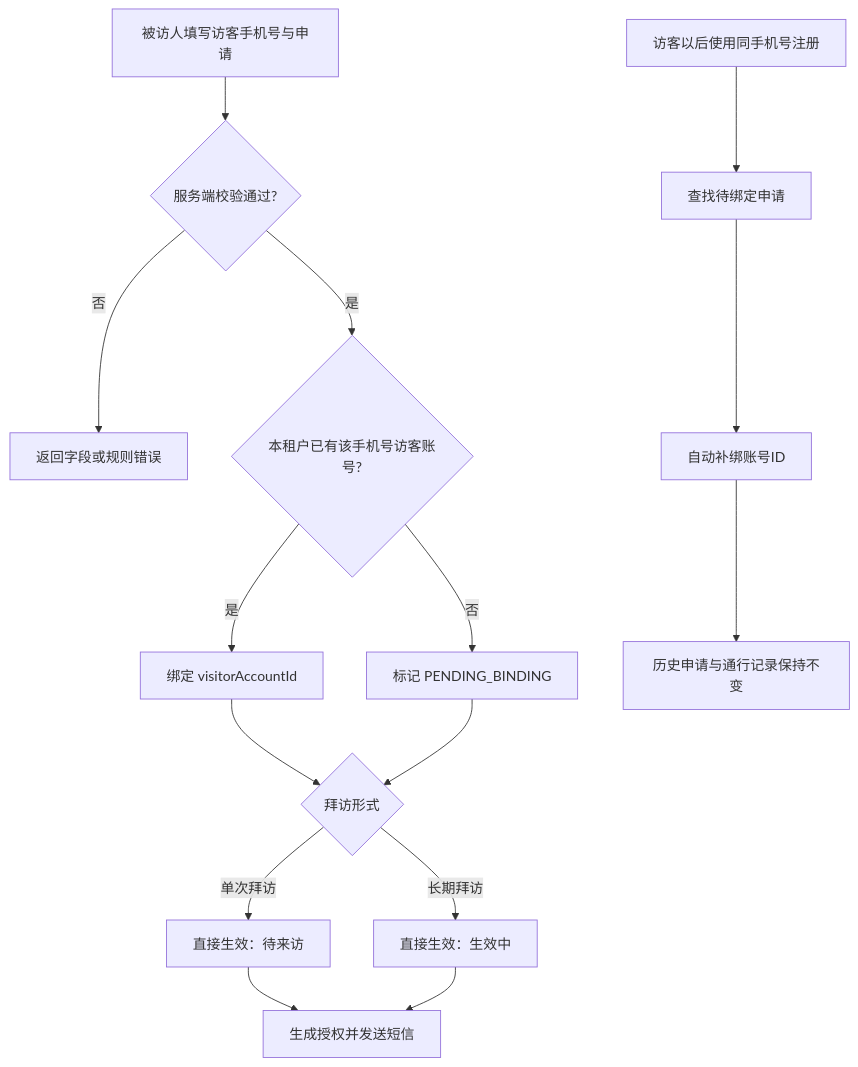
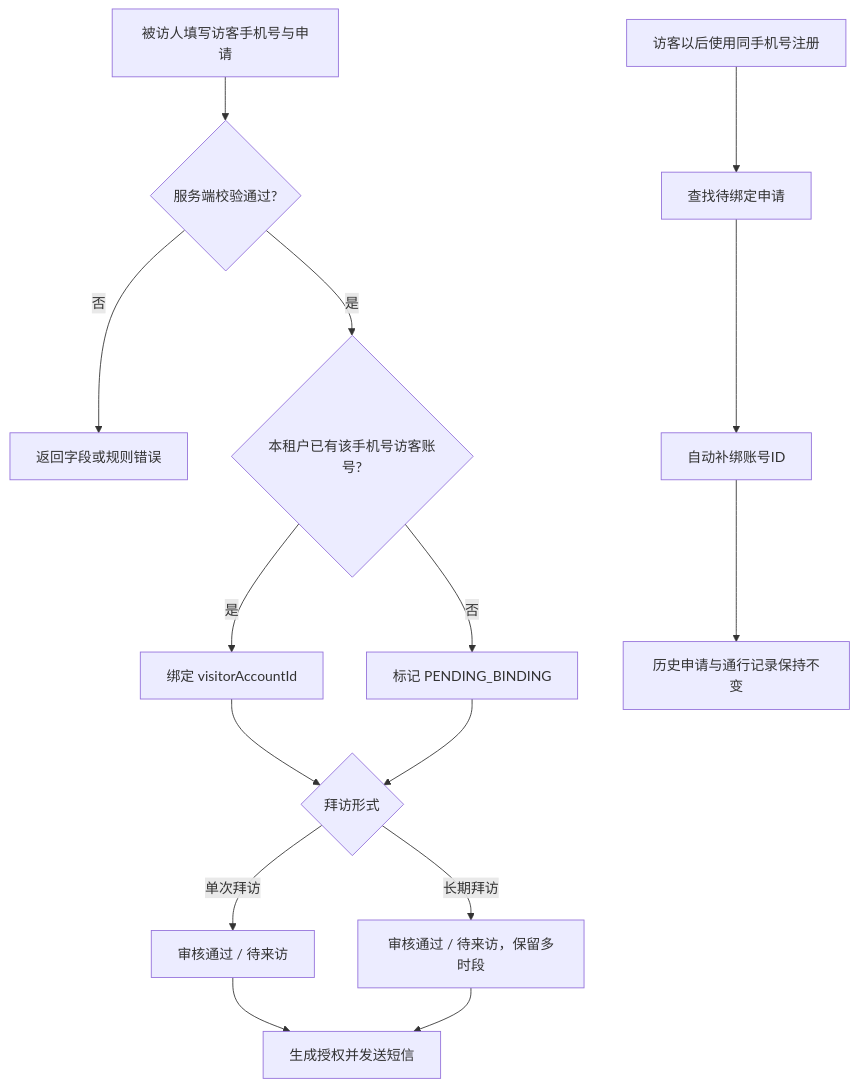
The third of 5 diagrams in docs/研发交付简版.md (tangxiaochen755-droid/visitor-phase1-visual-blue), drawn with Mermaid before and after one commit. The commit also changed other lines of this file and 11 other files, not shown here.

````diff
--- a/docs/研发交付简版.md
+++ b/docs/研发交付简版.md
@@ -76,17 +84,17 @@
 ```mermaid
 flowchart TD
   A[被访人填写访客手机号与申请] --> B{服务端校验通过?}
   B -- 否 --> X[返回字段或规则错误]
   B -- 是 --> C{本租户已有该手机号访客账号?}
   C -- 是 --> D[绑定 visitorAccountId]
   C -- 否 --> E[标记 PENDING_BINDING]
   D --> F{拜访形式}
   E --> F
-  F -- 单次拜访 --> G[直接生效：待来访]
-  F -- 长期拜访 --> H[直接生效：生效中]
+  F -- 单次拜访 --> G[审核通过 / 待来访]
+  F -- 长期拜访 --> H[审核通过 / 待来访，保留多时段]
   G --> I[生成授权并发送短信]
   H --> I
   J[访客以后使用同手机号注册] --> K[查找待绑定申请]
   K --> L[自动补绑账号ID]
   L --> M[历史申请与通行记录保持不变]
 ```
````
